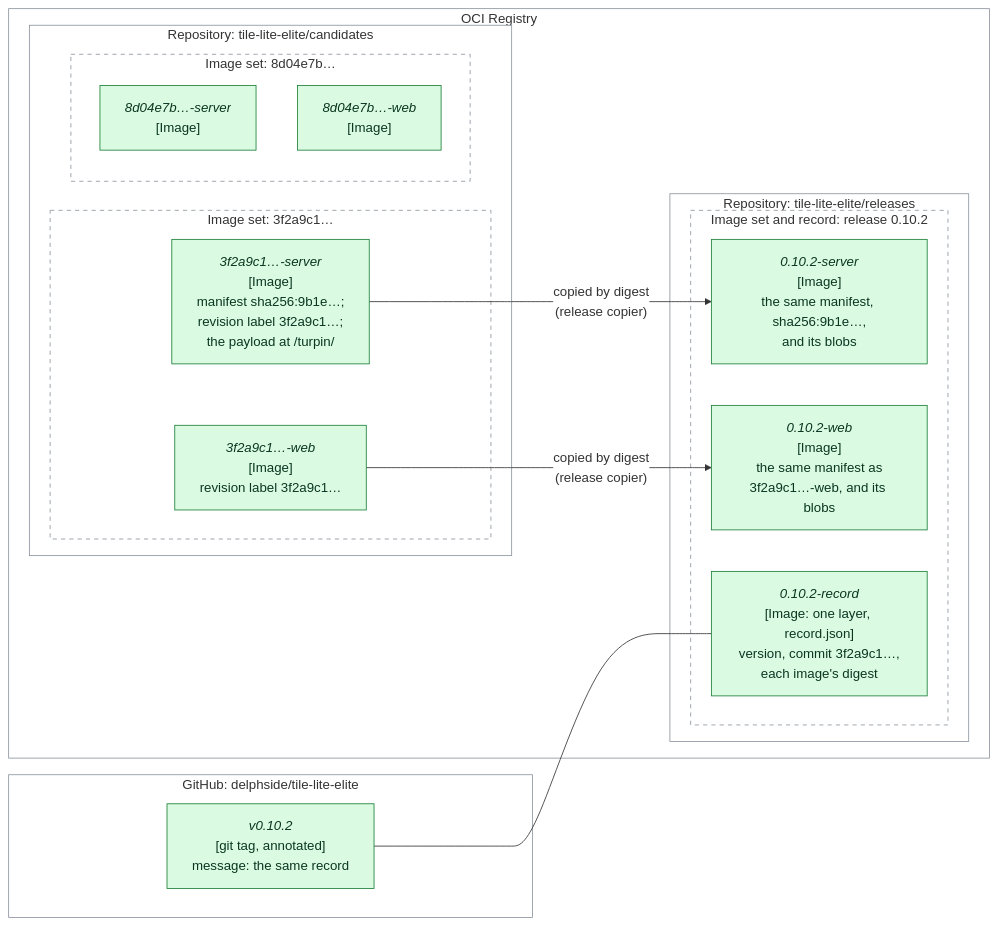
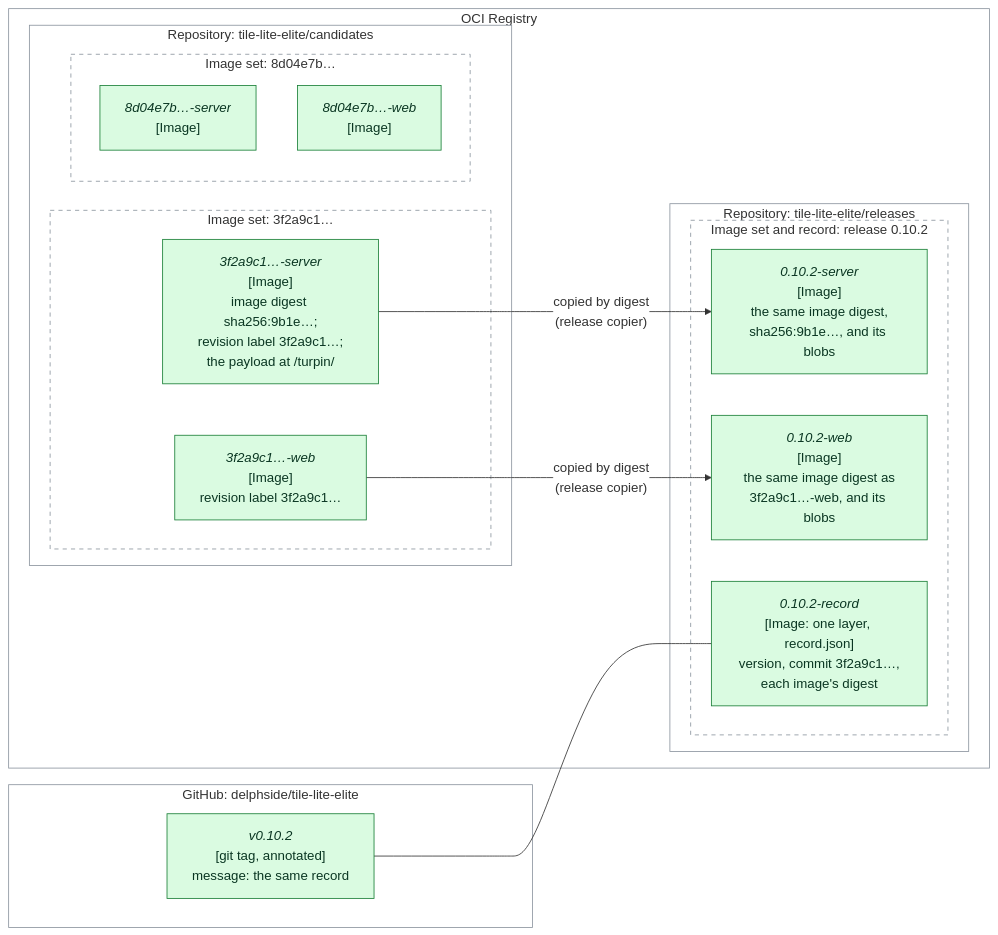
One commit to delphside/programme changed the fourth of 9 diagrams in records/2.5-changes/programme-tooling/117-generic-deliver-tool/design.md. Above: the diagram before and after it, drawn with Mermaid. The commit also changed other lines of this file, not shown here.

First line of the commit message:
Change 117: draw the index in the one-image diagram

````diff
--- a/records/2.5-changes/programme-tooling/117-generic-deliver-tool/design.md
+++ b/records/2.5-changes/programme-tooling/117-generic-deliver-tool/design.md
@@ -421,36 +422,36 @@
 ```mermaid
 %%{init: {"themeVariables": {"clusterBkg": "#ffffff", "clusterBorder": "#8c959f", "edgeLabelBackground": "#ffffff"}}}%%
 flowchart LR
   subgraph OCIR["OCI Registry"]
     subgraph CAND["Repository: tile-lite-elite/candidates"]
       subgraph S1["Image set: 3f2a9c1…"]
-        C1S["<i>3f2a9c1…-server</i><br>[Image]<br>manifest sha256:9b1e…;<br>revision label 3f2a9c1…;<br>the payload at /turpin/"]
+        C1S["<i>3f2a9c1…-server</i><br>[Image]<br>image digest sha256:9b1e…;<br>revision label 3f2a9c1…;<br>the payload at /turpin/"]
         C1W["<i>3f2a9c1…-web</i><br>[Image]<br>revision label 3f2a9c1…"]
       end
       subgraph S2["Image set: 8d04e7b…"]
         C2S["<i>8d04e7b…-server</i><br>[Image]"]
         C2W["<i>8d04e7b…-web</i><br>[Image]"]
       end
     end
     subgraph REL["Repository: tile-lite-elite/releases"]
       subgraph V1["Image set and record: release 0.10.2"]
-        R1S["<i>0.10.2-server</i><br>[Image]<br>the same manifest, sha256:9b1e…,<br>and its blobs"]
-        R1W["<i>0.10.2-web</i><br>[Image]<br>the same manifest as<br>3f2a9c1…-web, and its blobs"]
+        R1S["<i>0.10.2-server</i><br>[Image]<br>the same image digest,<br>sha256:9b1e…, and its blobs"]
+        R1W["<i>0.10.2-web</i><br>[Image]<br>the same image digest as<br>3f2a9c1…-web, and its blobs"]
         R1R["<i>0.10.2-record</i><br>[Image: one layer, record.json]<br>version, commit 3f2a9c1…,<br>each image's digest"]
       end
     end
   end
   subgraph GH["GitHub: delphside/tile-lite-elite"]
     TAG["<i>v0.10.2</i><br>[git tag, annotated]<br>message: the same record"]
   end
   C1S -->|"copied by digest<br>(release copier)"| R1S
   C1W -->|"copied by digest<br>(release copier)"| R1W
   TAG --- R1R
   classDef unchanged    fill:#f6f8fa,stroke:#8c959f,color:#1f2328
   classDef new          fill:#dafbe1,stroke:#1a7f37,color:#0a3622
   classDef changed      fill:#fff8c5,stroke:#9a6700,color:#4d2d00
   class C1S,C1W,C2S,C2W,R1S,R1W,R1R,TAG new
   style S1 stroke-dasharray: 5 5
   style S2 stroke-dasharray: 5 5
   style V1 stroke-dasharray: 5 5
 ```
````
